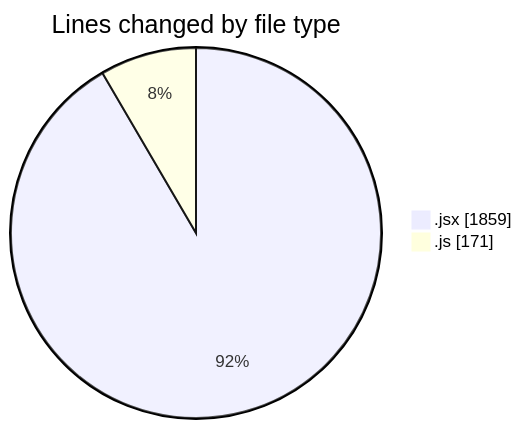
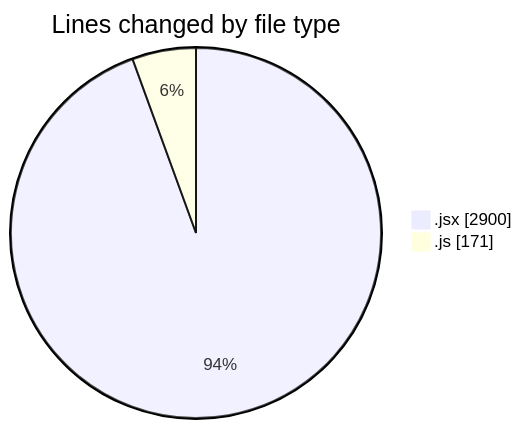
One commit to nxtqubesakshisongat/code-tracking changed the first of 2 diagrams in 2025-07-09/argos/README.md. Above: the diagram before and after it, drawn with Mermaid. The commit also changed other lines of this file and 1 other file, not shown here.

````diff
--- a/2025-07-09/argos/README.md
+++ b/2025-07-09/argos/README.md
@@ -23,6 +24,6 @@
 ```mermaid
 pie showData
 title Lines changed by file type
-".jsx" : 1859
+".jsx" : 2900
 ".js" : 171
 ```
````
